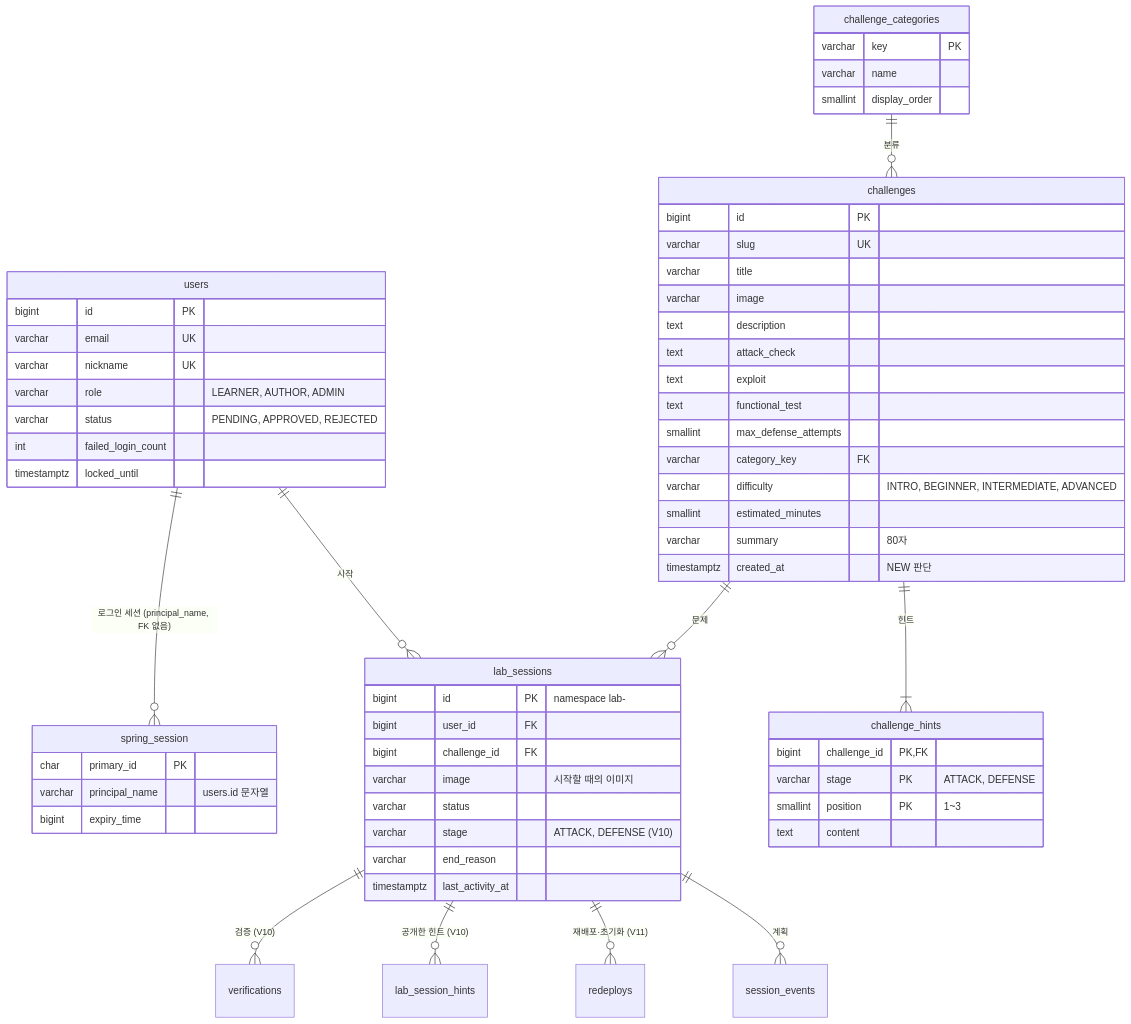
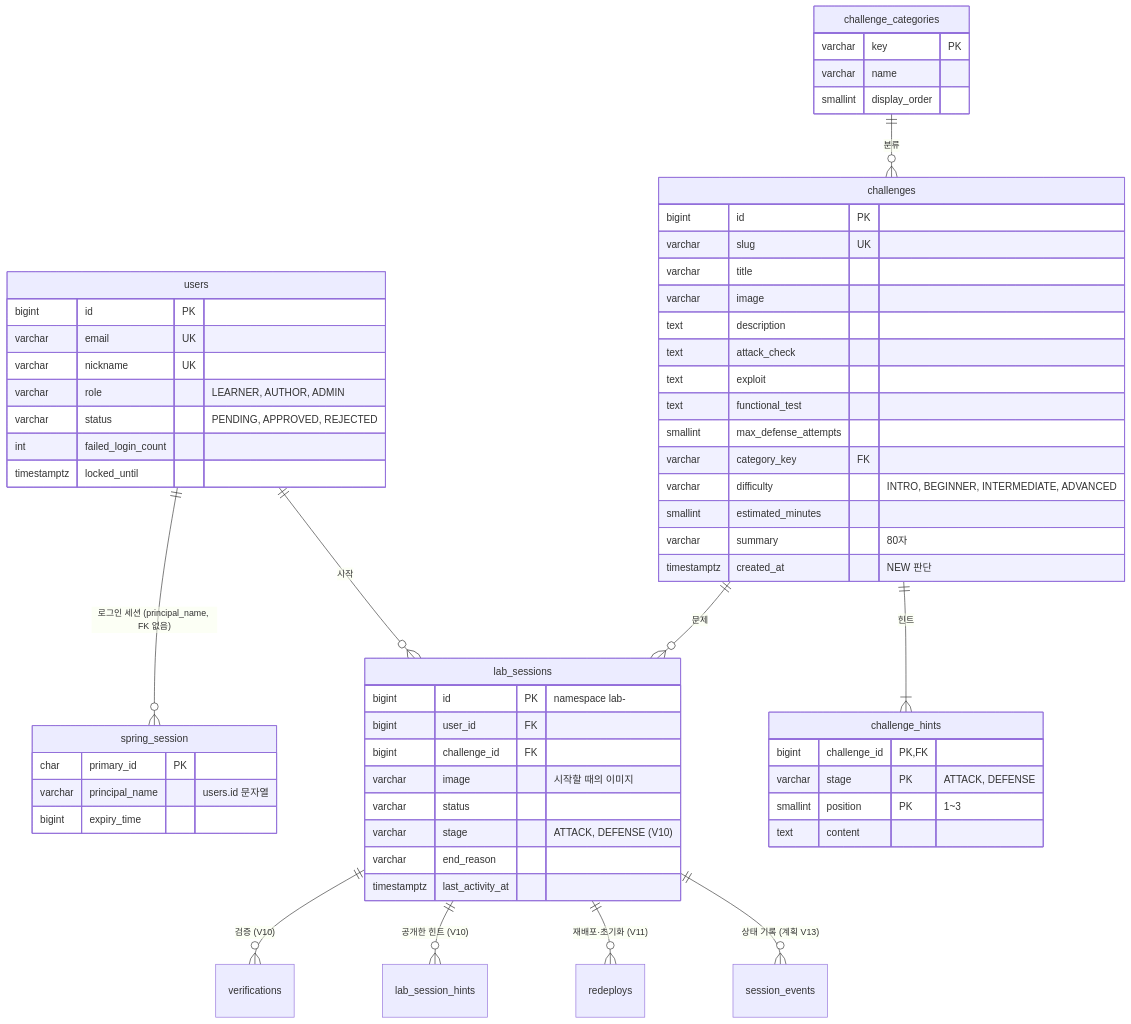
One commit to pg-hackforge/hackforge-docs changed the diagram in data-model.md. Above: the diagram before and after it, drawn with Mermaid. The commit also changed other lines of this file and 4 other files, not shown here.

````diff
--- a/data-model.md
+++ b/data-model.md
@@ -7,64 +7,64 @@
 ```mermaid
 erDiagram
     users ||--o{ spring_session : "로그인 세션 (principal_name, FK 없음)"
     users ||--o{ lab_sessions : "시작"
     challenges ||--o{ lab_sessions : "문제"
     challenges ||--|{ challenge_hints : "힌트"
     challenge_categories ||--o{ challenges : "분류"
     lab_sessions ||--o{ verifications : "검증 (V10)"
     lab_sessions ||--o{ lab_session_hints : "공개한 힌트 (V10)"
     lab_sessions ||--o{ redeploys : "재배포·초기화 (V11)"
-    lab_sessions ||--o{ session_events : "계획"
+    lab_sessions ||--o{ session_events : "상태 기록 (계획 V13)"
 
     users {
         bigint id PK
         varchar email UK
         varchar nickname UK
         varchar role "LEARNER, AUTHOR, ADMIN"
         varchar status "PENDING, APPROVED, REJECTED"
         int failed_login_count
         timestamptz locked_until
     }
     spring_session {
         char primary_id PK
         varchar principal_name "users.id 문자열"
         bigint expiry_time
     }
     challenges {
         bigint id PK
         varchar slug UK
         varchar title
         varchar image
         text description
         text attack_check
         text exploit
         text functional_test
         smallint max_defense_attempts
         varchar category_key FK
         varchar difficulty "INTRO, BEGINNER, INTERMEDIATE, ADVANCED"
         smallint estimated_minutes
         varchar summary "80자"
         timestamptz created_at "NEW 판단"
     }
     challenge_categories {
         varchar key PK
         varchar name
         smallint display_order
     }
     challenge_hints {
         bigint challenge_id PK, FK
         varchar stage PK "ATTACK, DEFENSE"
         smallint position PK "1~3"
         text content
     }
     lab_sessions {
         bigint id PK "namespace lab-<id>"
         bigint user_id FK
         bigint challenge_id FK
         varchar image "시작할 때의 이미지"
         varchar status
         varchar stage "ATTACK, DEFENSE (V10)"
         varchar end_reason
         timestamptz last_activity_at
     }
 ```
````
